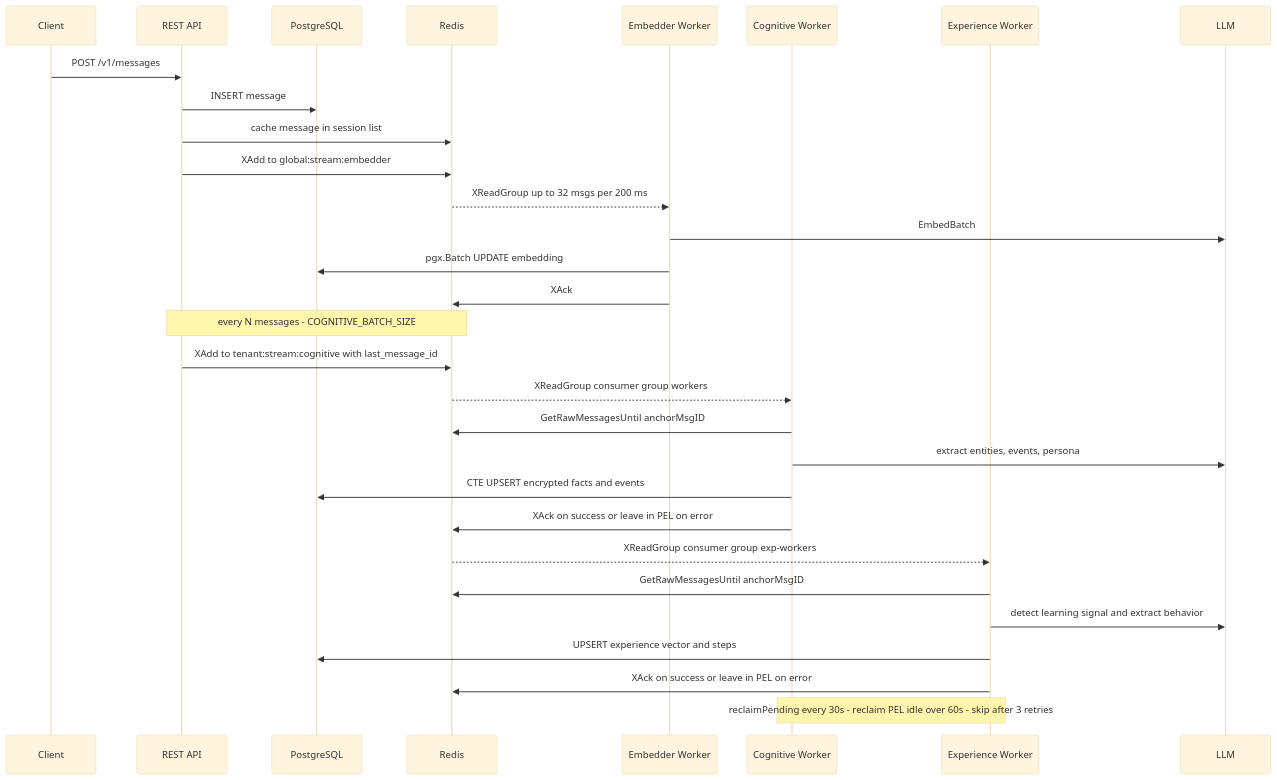
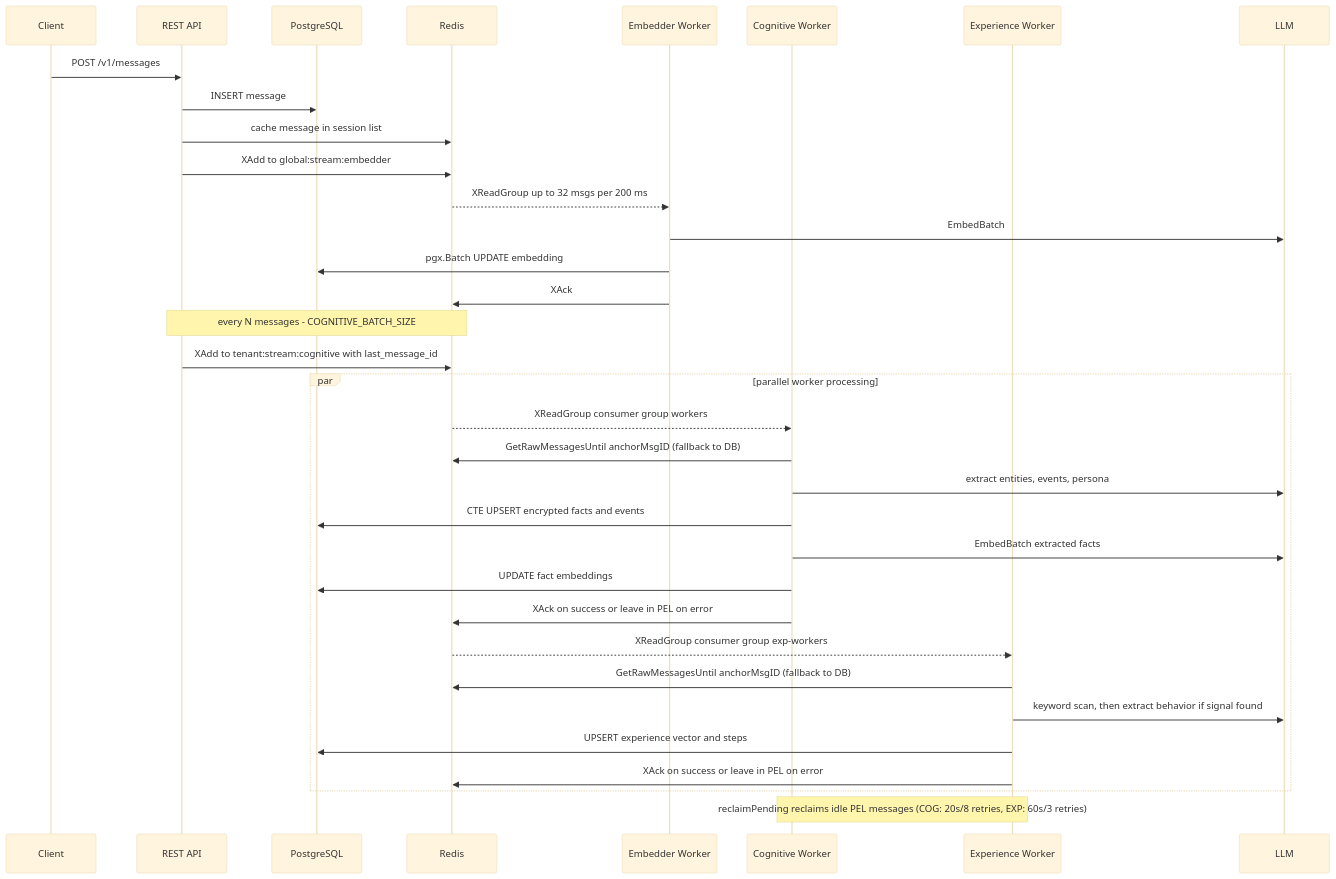
Before and after one commit to ngoctuhan/Cortexa: the first of 2 diagrams in README.md, drawn with Mermaid (base theme). The commit also changed other lines of this file, not shown here.

````diff
--- a/README.md
+++ b/README.md
@@ -53,37 +53,42 @@
 ```mermaid
 sequenceDiagram
     participant Client
     participant API as REST API
     participant DB as PostgreSQL
     participant Cache as Redis
     participant EMB as Embedder Worker
     participant COG as Cognitive Worker
     participant EXP as Experience Worker
     participant LLM
 
     Client->>API: POST /v1/messages
     API->>DB: INSERT message
     API->>Cache: cache message in session list
     API->>Cache: XAdd to global:stream:embedder
 
     Cache-->>EMB: XReadGroup up to 32 msgs per 200 ms
     EMB->>LLM: EmbedBatch
     EMB->>DB: pgx.Batch UPDATE embedding
     EMB->>Cache: XAck
 
     Note over API,Cache: every N messages - COGNITIVE_BATCH_SIZE
     API->>Cache: XAdd to tenant:stream:cognitive with last_message_id
-    Cache-->>COG: XReadGroup consumer group workers
-    COG->>Cache: GetRawMessagesUntil anchorMsgID
-    COG->>LLM: extract entities, events, persona
-    COG->>DB: CTE UPSERT encrypted facts and events
-    COG->>Cache: XAck on success or leave in PEL on error
+    
+    par parallel worker processing
+        Cache-->>COG: XReadGroup consumer group workers
+        COG->>Cache: GetRawMessagesUntil anchorMsgID (fallback to DB)
+        COG->>LLM: extract entities, events, persona
+        COG->>DB: CTE UPSERT encrypted facts and events
+        COG->>LLM: EmbedBatch extracted facts
+        COG->>DB: UPDATE fact embeddings
+        COG->>Cache: XAck on success or leave in PEL on error
+        
+        Cache-->>EXP: XReadGroup consumer group exp-workers
+        EXP->>Cache: GetRawMessagesUntil anchorMsgID (fallback to DB)
+        EXP->>LLM: keyword scan, then extract behavior if signal found
+        EXP->>DB: UPSERT experience vector and steps
+        EXP->>Cache: XAck on success or leave in PEL on error
+    end
 
-    Cache-->>EXP: XReadGroup consumer group exp-workers
-    EXP->>Cache: GetRawMessagesUntil anchorMsgID
-    EXP->>LLM: detect learning signal and extract behavior
-    EXP->>DB: UPSERT experience vector and steps
-    EXP->>Cache: XAck on success or leave in PEL on error
-
-    Note over COG,EXP: reclaimPending every 30s - reclaim PEL idle over 60s - skip after 3 retries
+    Note over COG,EXP: reclaimPending reclaims idle PEL messages (COG: 20s/8 retries, EXP: 60s/3 retries)
 ```
````
